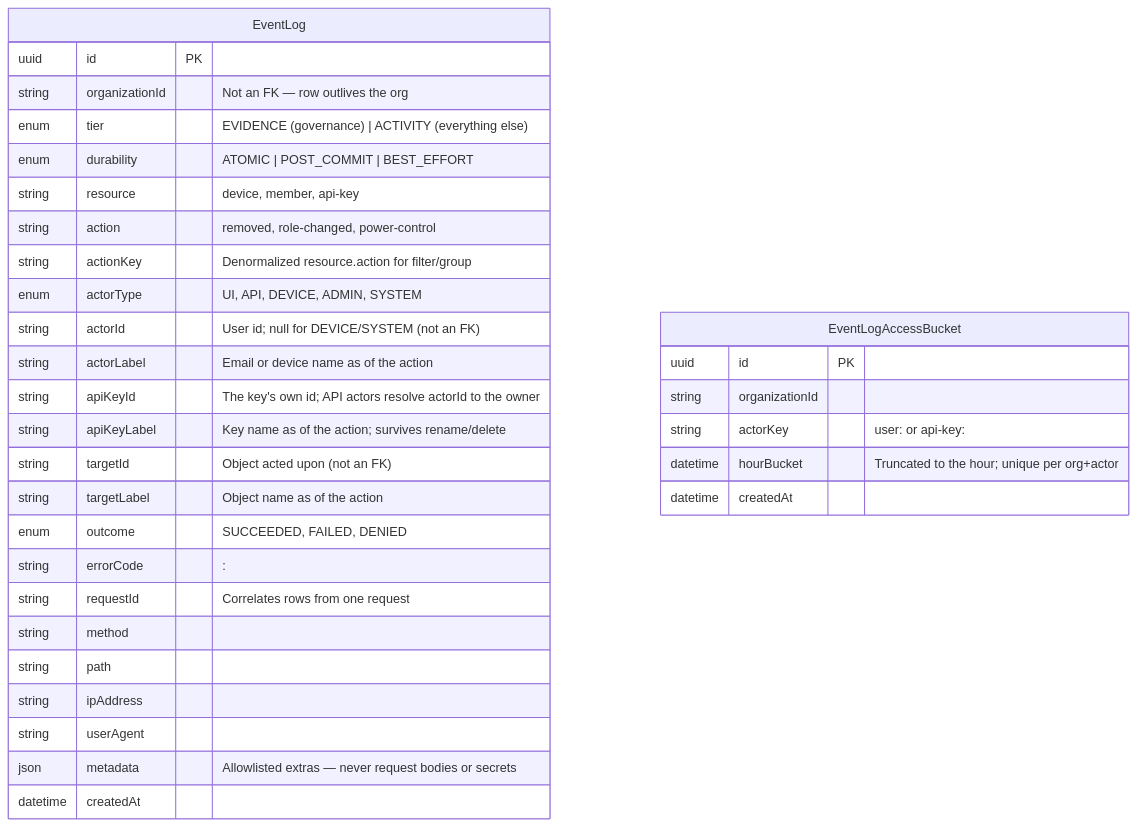
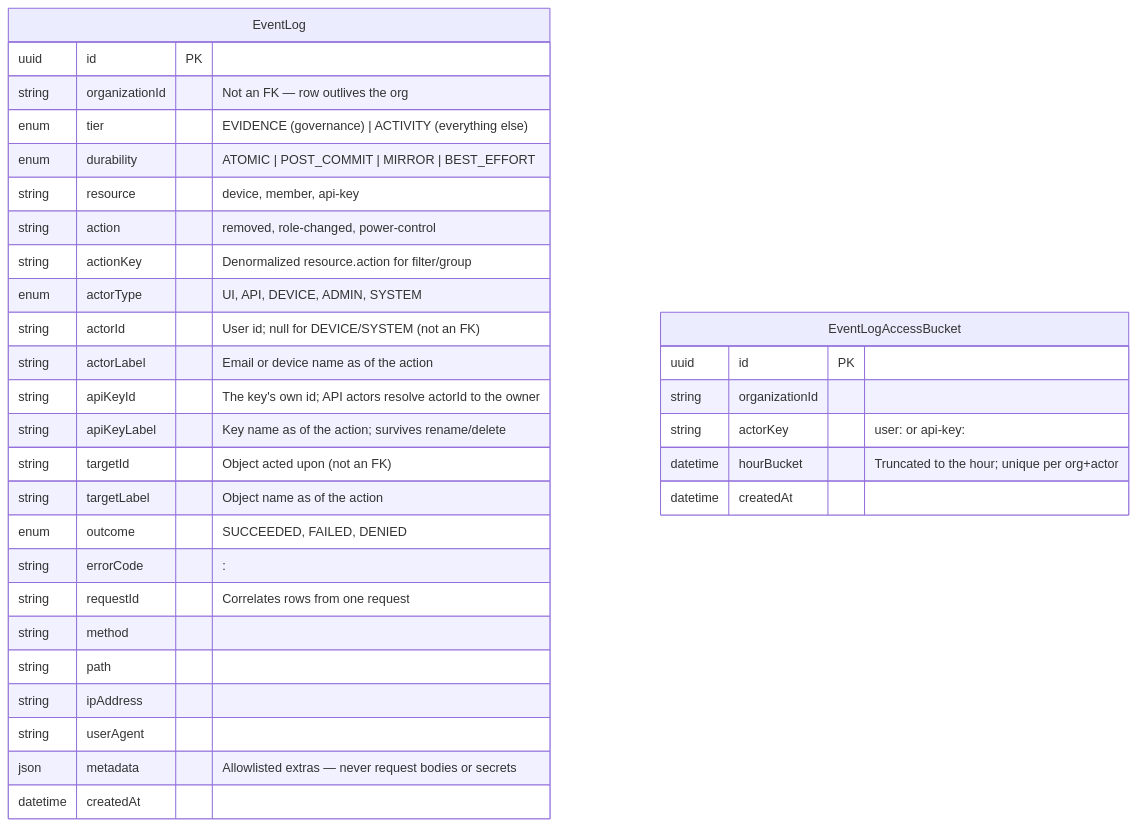
One commit to Hydra-Host/Brokkr changed the tenth of 19 diagrams in packages/database/SCHEMA_DIAGRAM.md. Above: the diagram before and after it, drawn with Mermaid. The commit also changed other lines of this file and 1002 other files, not shown here.

````diff
--- a/packages/database/SCHEMA_DIAGRAM.md
+++ b/packages/database/SCHEMA_DIAGRAM.md
@@ -702,36 +705,36 @@
 ```mermaid
 erDiagram
     EventLog {
         uuid id PK
         string organizationId "Not an FK — row outlives the org"
         enum tier "EVIDENCE (governance) | ACTIVITY (everything else)"
-        enum durability "ATOMIC | POST_COMMIT | BEST_EFFORT"
+        enum durability "ATOMIC | POST_COMMIT | MIRROR | BEST_EFFORT"
         string resource "device, member, api-key"
         string action "removed, role-changed, power-control"
         string actionKey "Denormalized resource.action for filter/group"
         enum actorType "UI, API, DEVICE, ADMIN, SYSTEM"
         string actorId "User id; null for DEVICE/SYSTEM (not an FK)"
         string actorLabel "Email or device name as of the action"
         string apiKeyId "The key's own id; API actors resolve actorId to the owner"
         string apiKeyLabel "Key name as of the action; survives rename/delete"
         string targetId "Object acted upon (not an FK)"
         string targetLabel "Object name as of the action"
         enum outcome "SUCCEEDED, FAILED, DENIED"
         string errorCode "<mappedStatus>:<ExceptionClassName>"
         string requestId "Correlates rows from one request"
         string method
         string path
         string ipAddress
         string userAgent
         json metadata "Allowlisted extras — never request bodies or secrets"
         datetime createdAt
     }
 
     EventLogAccessBucket {
         uuid id PK
         string organizationId
         string actorKey "user:<userId> or api-key:<apiKeyId>"
         datetime hourBucket "Truncated to the hour; unique per org+actor"
         datetime createdAt
     }
 ```
````
